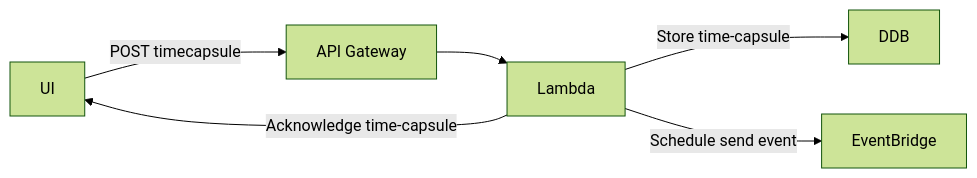
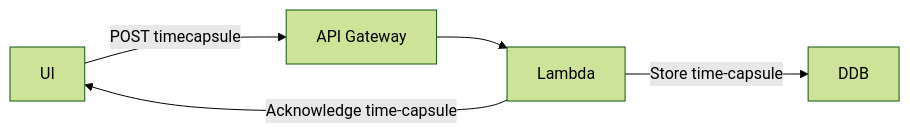
Before and after one commit to GautierBlandin/time-capsule: the first of 3 diagrams in business/Specifications.md, drawn with Mermaid (forest theme). The commit also changed other lines of this file and 1 other file, not shown here.

Commit message:
feat: update architecture

````diff
--- a/business/Specifications.md
+++ b/business/Specifications.md
@@ -23,8 +23,7 @@
 ```mermaid
 flowchart LR
     UI --POST timecapsule--> API[API Gateway]
     API --> Lambda
     Lambda --Acknowledge time-capsule-->UI
     Lambda --Store time-capsule-->DDB
-    Lambda --Schedule send event--> EventBridge
 ```
````
